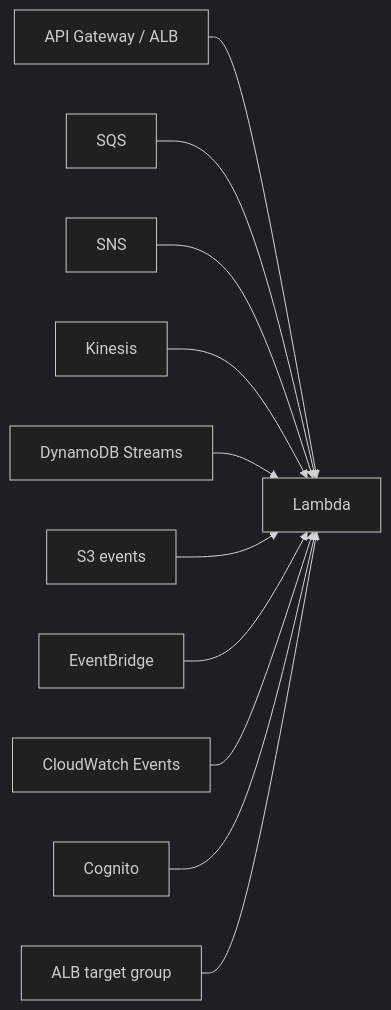
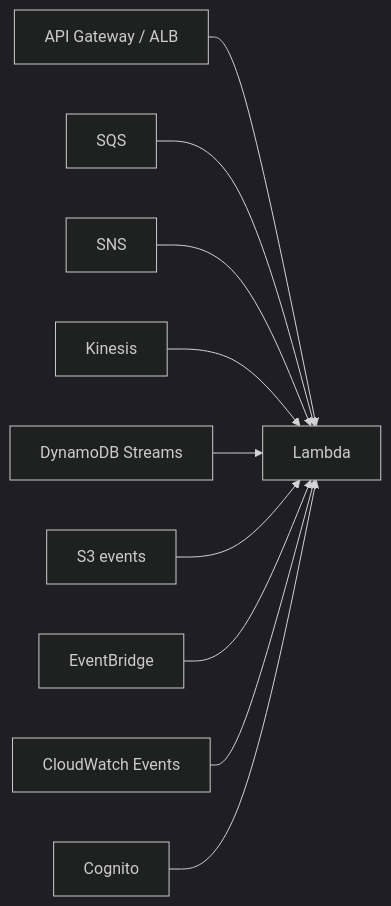
Before and after one commit to shinkeonkim/shinkeonkim.github.io: the first of 3 diagrams in src/content/wiki/cloud/aws-lambda.mdx, drawn with Mermaid (dark theme). The commit also changed other lines of this file and 526 other files, not shown here.

First line of the commit message:
content(wiki): 전수조사 및 대규모 보강 (짧은 파일 0, mermaid +645)

````diff
--- a/src/content/wiki/cloud/aws-lambda.mdx
+++ b/src/content/wiki/cloud/aws-lambda.mdx
@@ -18,13 +30,12 @@
 ```mermaid
 flowchart LR
-    HTTP[API Gateway / ALB] --> L[Lambda]
+    HTTP["API Gateway / ALB"] --> L[Lambda]
     SQS --> L
     SNS --> L
     Kinesis --> L
-    DDB[DynamoDB Streams] --> L
-    S3[S3 events] --> L
+    DDB["DynamoDB Streams"] --> L
+    S3["S3 events"] --> L
     EB[EventBridge] --> L
-    CW[CloudWatch Events] --> L
+    CW["CloudWatch Events"] --> L
     Cognito --> L
-    LB[ALB target group] --> L
 ```
````
